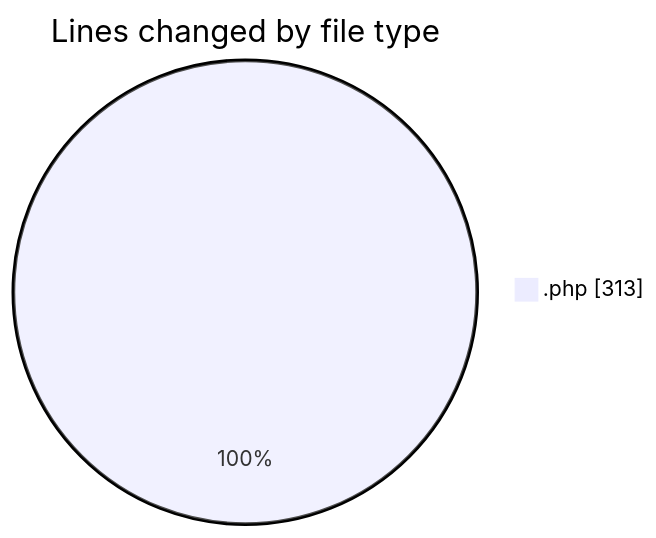
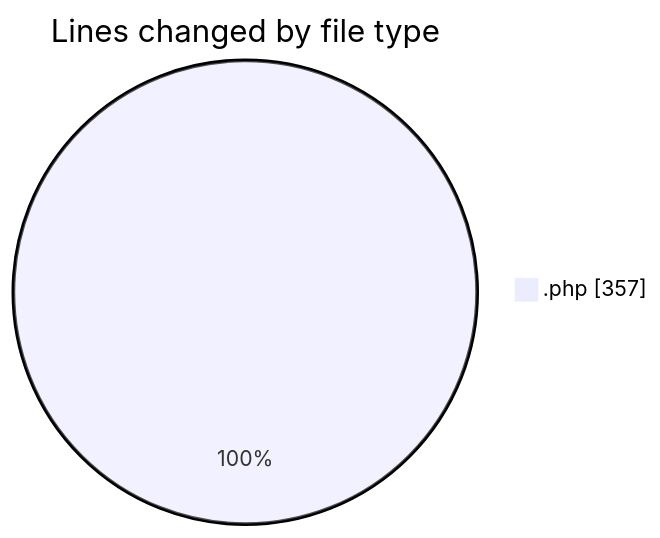
Before and after one commit to LanceThiago/code-tracking: the first of 2 diagrams in 2026-08-31/web/README.md, drawn with Mermaid. The commit also changed other lines of this file and 1 other file, not shown here.

````diff
--- a/2026-08-31/web/README.md
+++ b/2026-08-31/web/README.md
@@ -24,5 +26,5 @@
 ```mermaid
 pie showData
 title Lines changed by file type
-".php" : 313
+".php" : 357
 ```
````
